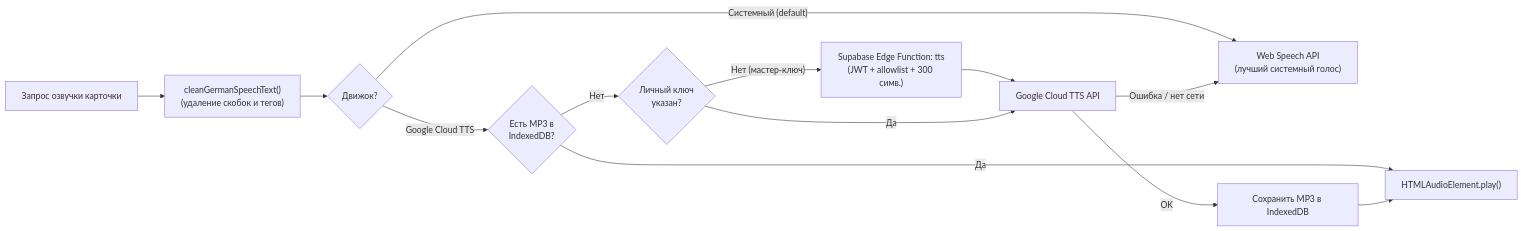
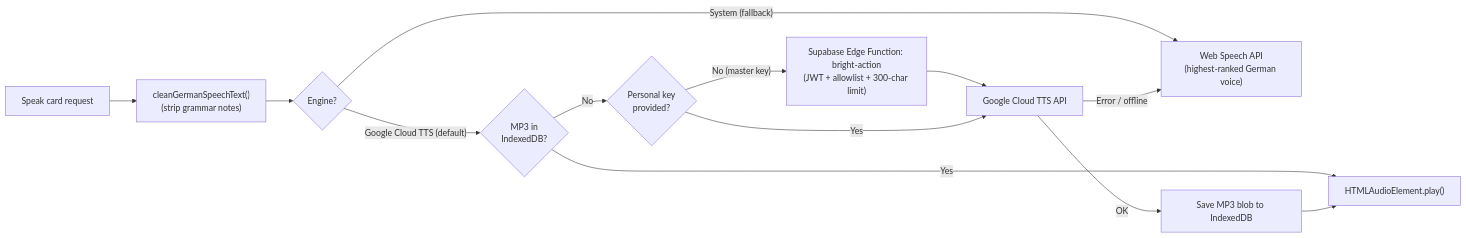
The fifth of 5 diagrams in ARCHITECTURE.md (an2ancan/anki), drawn with Mermaid before and after one commit. The commit also changed other lines of this file and 1 other file, not shown here.

Commit message:
feat: update SettingsModal to reset input fields for daily limit and max active unknown on open

````diff
--- a/ARCHITECTURE.md
+++ b/ARCHITECTURE.md
@@ -244,13 +235,13 @@
 ```mermaid
 flowchart LR
-  Play["Запрос озвучки карточки"] --> Clean["cleanGermanSpeechText()<br/>(удаление скобок и тегов)"]
-  Clean --> Engine{"Движок?"}
-  Engine -->|"Системный (default)"| WebSpeech["Web Speech API<br/>(лучший системный голос)"]
-  Engine -->|"Google Cloud TTS"| Cache{"Есть MP3 в<br/>IndexedDB?"}
-  Cache -->|"Да"| Audio["HTMLAudioElement.play()"]
-  Cache -->|"Нет"| KeyMode{"Личный ключ<br/>указан?"}
-  KeyMode -->|"Нет (мастер-ключ)"| Edge["Supabase Edge Function: tts<br/>(JWT + allowlist + 300 симв.)"] --> API["Google Cloud TTS API"]
-  KeyMode -->|"Да"| API
-  API -->|"OK"| Save["Сохранить MP3 в IndexedDB"] --> Audio
-  API -->|"Ошибка / нет сети"| WebSpeech
+  Play["Speak card request"] --> Clean["cleanGermanSpeechText()<br/>(strip grammar notes)"]
+  Clean --> Engine{"Engine?"}
+  Engine -->|"System (fallback)"| WebSpeech["Web Speech API<br/>(highest-ranked German voice)"]
+  Engine -->|"Google Cloud TTS (default)"| Cache{"MP3 in<br/>IndexedDB?"}
+  Cache -->|"Yes"| Audio["HTMLAudioElement.play()"]
+  Cache -->|"No"| KeyMode{"Personal key<br/>provided?"}
+  KeyMode -->|"No (master key)"| Edge["Supabase Edge Function: bright-action<br/>(JWT + allowlist + 300-char limit)"] --> API["Google Cloud TTS API"]
+  KeyMode -->|"Yes"| API
+  API -->|"OK"| Save["Save MP3 blob to IndexedDB"] --> Audio
+  API -->|"Error / offline"| WebSpeech
 ```
````
